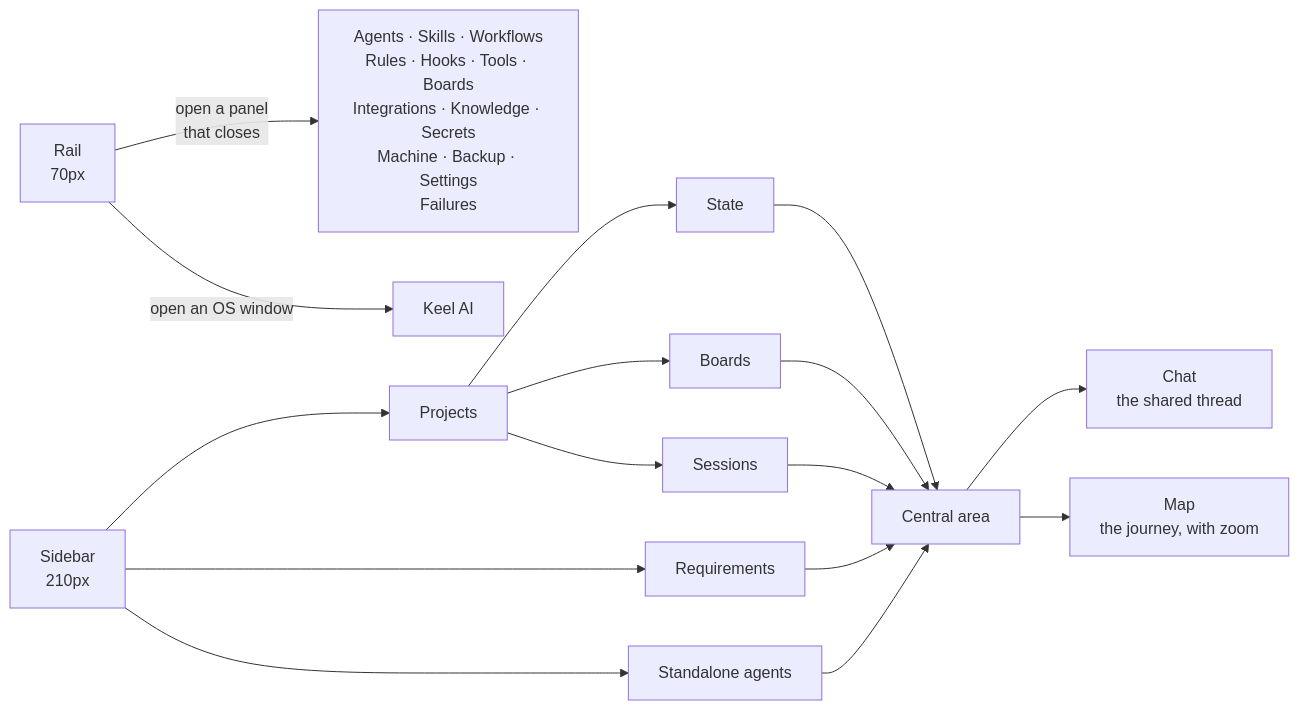
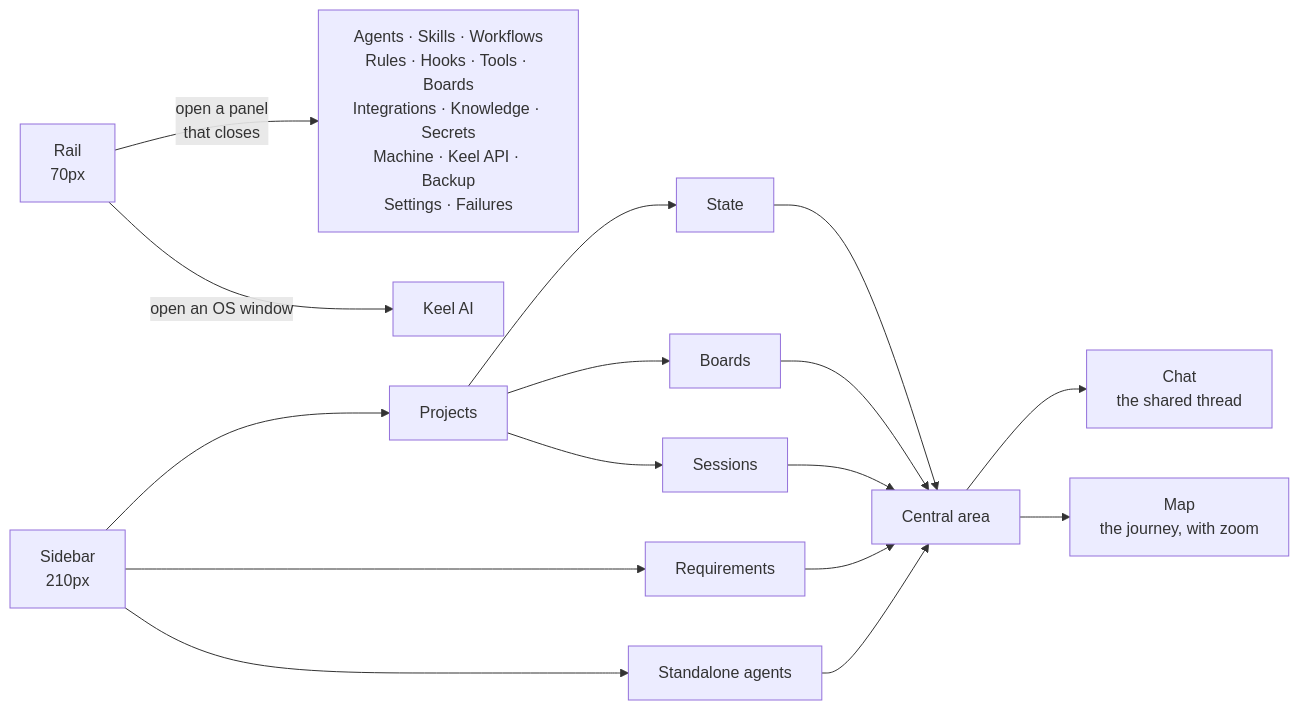
Before and after one commit to JhonaCodes/keel-ui: the first of 2 diagrams in docs/product/02-front-end-and-navigation.md, drawn with Mermaid. The commit also changed other lines of this file and 53 other files, not shown here.

First line of the commit message:
feat: keel-ui can connect to your own Keel API as a client (#20)

````diff
--- a/docs/product/02-front-end-and-navigation.md
+++ b/docs/product/02-front-end-and-navigation.md
@@ -7,25 +7,25 @@
 ```mermaid
 flowchart LR
     RIEL["Rail<br>70px"]
     SIDE["Sidebar<br>210px"]
     CENTRO["Central area"]
 
-    RIEL -->|"open a panel<br>that closes"| PANELES["Agents · Skills · Workflows<br>Rules · Hooks · Tools · Boards<br>Integrations · Knowledge · Secrets<br>Machine · Backup · Settings<br>Failures"]
+    RIEL -->|"open a panel<br>that closes"| PANELES["Agents · Skills · Workflows<br>Rules · Hooks · Tools · Boards<br>Integrations · Knowledge · Secrets<br>Machine · Keel API · Backup<br>Settings · Failures"]
     RIEL -->|"open an OS window"| KEELAI["Keel AI"]
 
     SIDE --> PROY["Projects"]
     PROY --> ESTADO["State"]
     PROY --> TAB["Boards"]
     PROY --> SES["Sessions"]
     SIDE --> REQ["Requirements"]
     SIDE --> SUELTOS["Standalone agents"]
 
     ESTADO --> CENTRO
     TAB --> CENTRO
     SES --> CENTRO
     REQ --> CENTRO
     SUELTOS --> CENTRO
 
     CENTRO --> CHAT["Chat<br>the shared thread"]
     CENTRO --> MAPA["Map<br>the journey, with zoom"]
 ```
````
